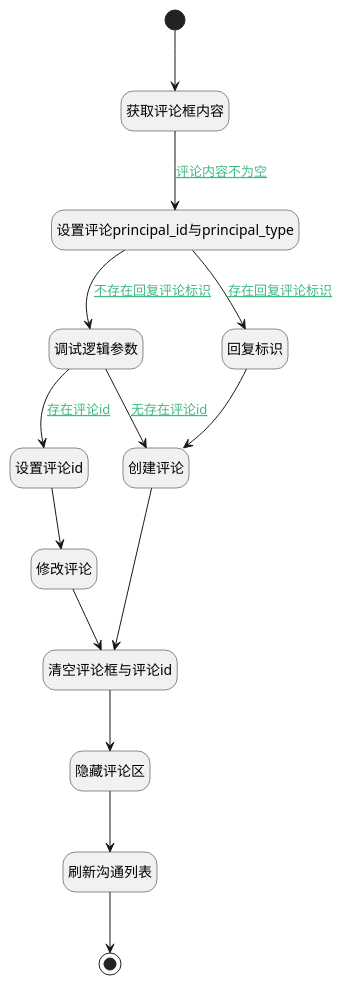
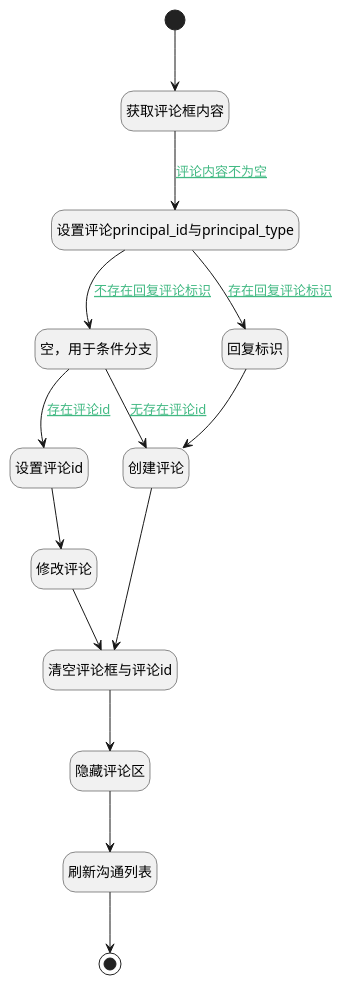
Before and after one commit to iBizLab/plm: the diagram in doc/docsify/module/Base/comment/uilogic/send_comment_customer_comment.md, drawn with PlantUML. The commit also changed other lines of this file and 1068 other files, not shown here.

````diff
--- a/doc/docsify/module/Base/comment/uilogic/send_comment_customer_comment.md
+++ b/doc/docsify/module/Base/comment/uilogic/send_comment_customer_comment.md
@@ -7,41 +7,41 @@
 ```plantuml
 @startuml
 hide footbox
 <style>
 root {
   HyperlinkColor #42b983
 }
 </style>
 
 hide empty description
 state "开始" as Begin <<start>> [[$./send_comment_customer_comment#begin {开始}]]
+state "设置评论id" as PREPAREJSPARAM3  [[$./send_comment_customer_comment#preparejsparam3 {设置评论id}]]
+state "清空评论框与评论id" as RAWJSCODE2  [[$./send_comment_customer_comment#rawjscode2 {清空评论框与评论id}]]
 state "隐藏评论区" as RAWJSCODE3  [[$./send_comment_customer_comment#rawjscode3 {隐藏评论区}]]
-state "清空评论框与评论id" as RAWJSCODE2  [[$./send_comment_customer_comment#rawjscode2 {清空评论框与评论id}]]
 state "获取评论框内容" as RAWJSCODE1  [[$./send_comment_customer_comment#rawjscode1 {获取评论框内容}]]
+state "结束" as END1 <<end>> [[$./send_comment_customer_comment#end1 {结束}]]
+state "空，用于条件分支" as PREPAREJSPARAM4  [[$./send_comment_customer_comment#preparejsparam4 {空，用于条件分支}]]
+state "修改评论" as DEACTION3  [[$./send_comment_customer_comment#deaction3 {修改评论}]]
+state "回复标识" as PREPAREJSPARAM2  [[$./send_comment_customer_comment#preparejsparam2 {回复标识}]]
 state "创建评论" as DEACTION2  [[$./send_comment_customer_comment#deaction2 {创建评论}]]
 state "设置评论principal_id与principal_type" as PREPAREJSPARAM1  [[$./send_comment_customer_comment#preparejsparam1 {设置评论principal_id与principal_type}]]
-state "调试逻辑参数" as DEBUGPARAM1  [[$./send_comment_customer_comment#debugparam1 {调试逻辑参数}]]
-state "设置评论id" as PREPAREJSPARAM3  [[$./send_comment_customer_comment#preparejsparam3 {设置评论id}]]
 state "刷新沟通列表" as RAWJSCODE4  [[$./send_comment_customer_comment#rawjscode4 {刷新沟通列表}]]
-state "结束" as END1 <<end>> [[$./send_comment_customer_comment#end1 {结束}]]
-state "回复标识" as PREPAREJSPARAM2  [[$./send_comment_customer_comment#preparejsparam2 {回复标识}]]
-state "修改评论" as DEACTION3  [[$./send_comment_customer_comment#deaction3 {修改评论}]]
 
 
 Begin --> RAWJSCODE1
 RAWJSCODE1 --> PREPAREJSPARAM1 : [[$./send_comment_customer_comment#rawjscode1-preparejsparam1{评论内容不为空} 评论内容不为空]]
-PREPAREJSPARAM1 --> DEBUGPARAM1 : [[$./send_comment_customer_comment#preparejsparam1-debugparam1{不存在回复评论标识} 不存在回复评论标识]]
-DEBUGPARAM1 --> DEACTION2 : [[$./send_comment_customer_comment#debugparam1-deaction2{无存在评论id} 无存在评论id]]
+PREPAREJSPARAM1 --> PREPAREJSPARAM4 : [[$./send_comment_customer_comment#preparejsparam1-preparejsparam4{不存在回复评论标识} 不存在回复评论标识]]
+PREPAREJSPARAM4 --> DEACTION2 : [[$./send_comment_customer_comment#preparejsparam4-deaction2{无存在评论id} 无存在评论id]]
 DEACTION2 --> RAWJSCODE2
 RAWJSCODE2 --> RAWJSCODE3
 RAWJSCODE3 --> RAWJSCODE4
 RAWJSCODE4 --> END1
-DEBUGPARAM1 --> PREPAREJSPARAM3 : [[$./send_comment_customer_comment#debugparam1-preparejsparam3{存在评论id} 存在评论id]]
+PREPAREJSPARAM4 --> PREPAREJSPARAM3 : [[$./send_comment_customer_comment#preparejsparam4-preparejsparam3{存在评论id} 存在评论id]]
 PREPAREJSPARAM3 --> DEACTION3
 DEACTION3 --> RAWJSCODE2
 PREPAREJSPARAM1 --> PREPAREJSPARAM2 : [[$./send_comment_customer_comment#preparejsparam1-preparejsparam2{存在回复评论标识} 存在回复评论标识]]
 PREPAREJSPARAM2 --> DEACTION2
 
 
 @enduml
 ```
````
